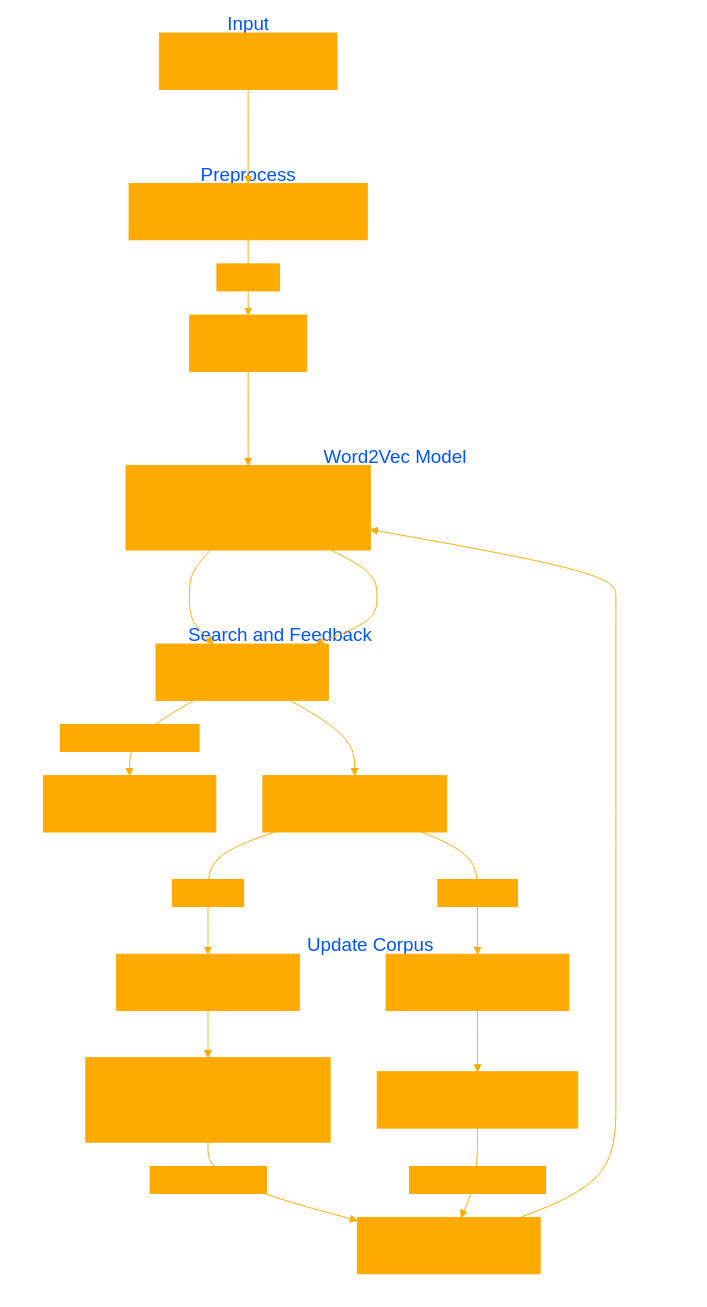
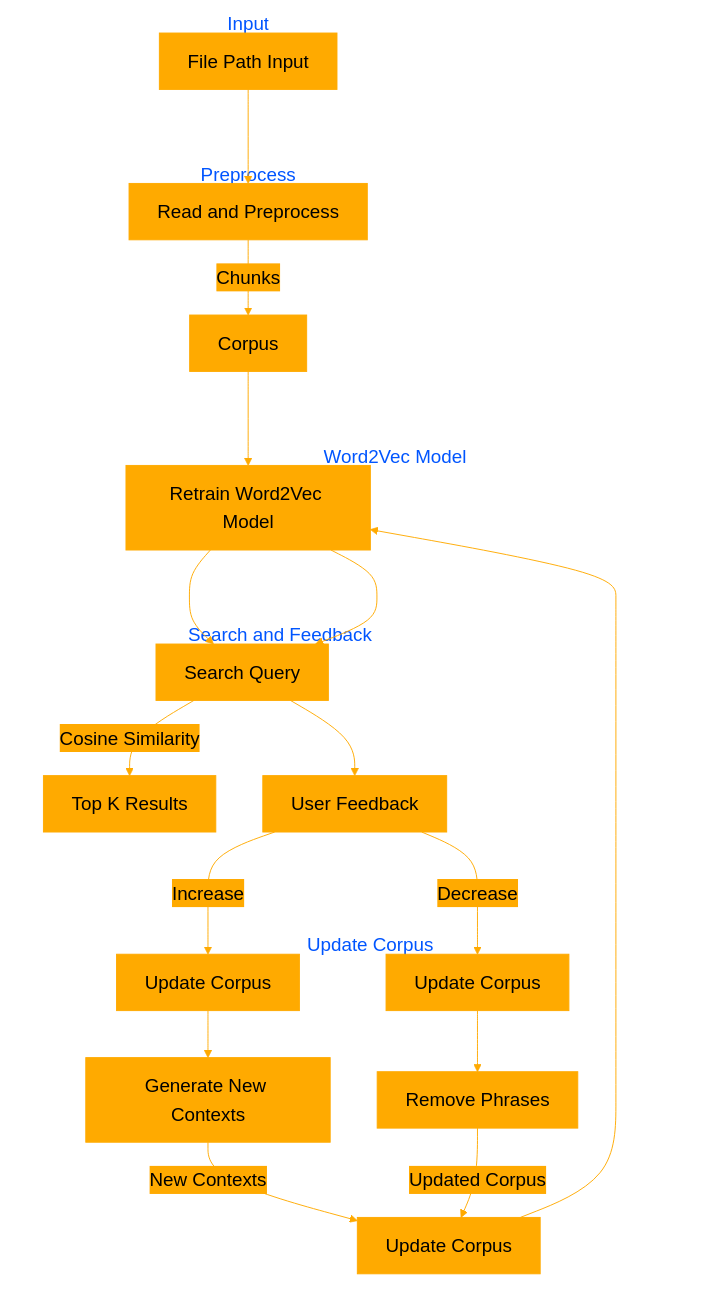
The diagram in README.md (EveryOneIsGross/thought2VEC), drawn with Mermaid before and after one commit.

````diff
--- a/README.md
+++ b/README.md
@@ -38,49 +38,49 @@
 ```mermaid
-%%{init: {'theme': 'base', 'themeVariables': { 'primaryColor': '#ffaa00', 'primaryTextColor': '#ffaa00', 'primaryBorderColor': '#ffaa00', 'lineColor': '#ffaa00', 'secondaryColor': '#ffaa00', 'tertiaryColor': '#ffaa00', 'clusterBkg': 'none', 'clusterBorder': 'none', 'fontSize': '20px'}}}%%
+%%{init: {'theme': 'base', 'themeVariables': { 'primaryColor': '#ffaa00', 'primaryTextColor': '#000000', 'primaryBorderColor': '#ffaa00', 'lineColor': '#ffaa00', 'secondaryColor': '#ffaa00', 'tertiaryColor': '#ffaa00', 'clusterBkg': 'none', 'clusterBorder': 'none', 'fontSize': '20px'}}}%%
 graph TD
     A[File Path Input] --> B[Read and Preprocess]
     B -->|Chunks| C[Corpus]
     C --> D[Train Word2Vec Model]
     D --> E[Search Query]
     E -->|Cosine Similarity| F[Top K Results]
 
     E --> G[User Feedback]
     G -->|Increase| H[Update Corpus]
     G -->|Decrease| I[Update Corpus]
     
     H --> J[Generate New Contexts]
     I --> K[Remove Phrases]
     
     J -->|New Contexts| L[Update Corpus]
     K -->|Updated Corpus| L
     
     L --> D[Retrain Word2Vec Model]
     D --> E
 
     subgraph Input
         A
     end
 
     subgraph Preprocess
         B
         C
     end
 
     subgraph Word2Vec Model
         D
     end
 
     subgraph Search and Feedback
         E
         F
         G
     end
 
     subgraph Update Corpus
         H
         I
         J
         K
         L
     end
 ```
````
